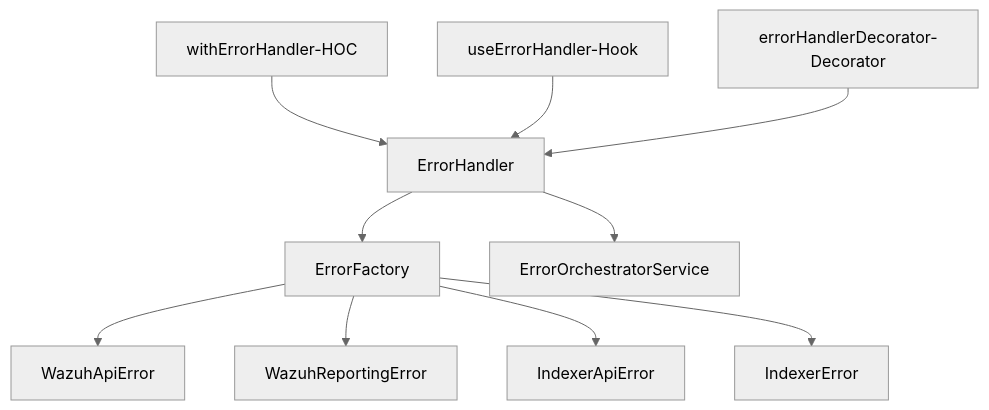
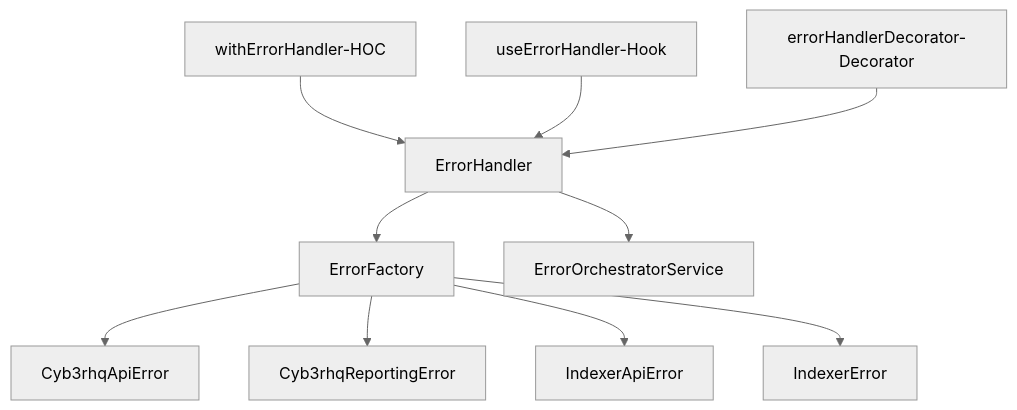
One commit to Cyb3rhq/cyb3rhq-dashboard-plugins changed the first of 2 diagrams in plugins/main/public/react-services/error-management/docs/README.md. Above: the diagram before and after it, drawn with Mermaid (neutral theme). The commit also changed other lines of this file and 1893 other files, not shown here.

````diff
--- a/plugins/main/public/react-services/error-management/docs/README.md
+++ b/plugins/main/public/react-services/error-management/docs/README.md
@@ -67,12 +67,12 @@
 ```mermaid
 graph TD;
  withErrorHandler-HOC-->ErrorHandler
  useErrorHandler-Hook-->ErrorHandler
  errorHandlerDecorator-Decorator-->ErrorHandler
  ErrorHandler-->ErrorFactory
  ErrorHandler-->ErrorOrchestratorService
- ErrorFactory-->WazuhApiError
- ErrorFactory-->WazuhReportingError
+ ErrorFactory-->Cyb3rhqApiError
+ ErrorFactory-->Cyb3rhqReportingError
  ErrorFactory-->IndexerApiError
  ErrorFactory-->IndexerError
 ```
````
